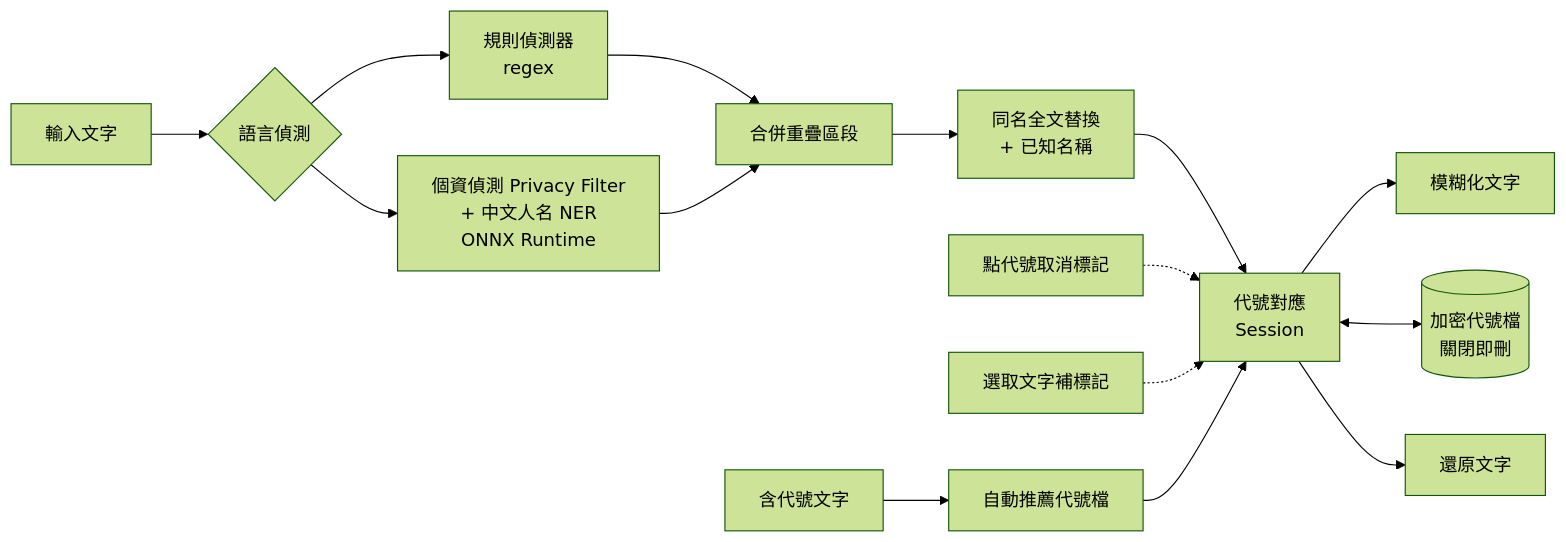
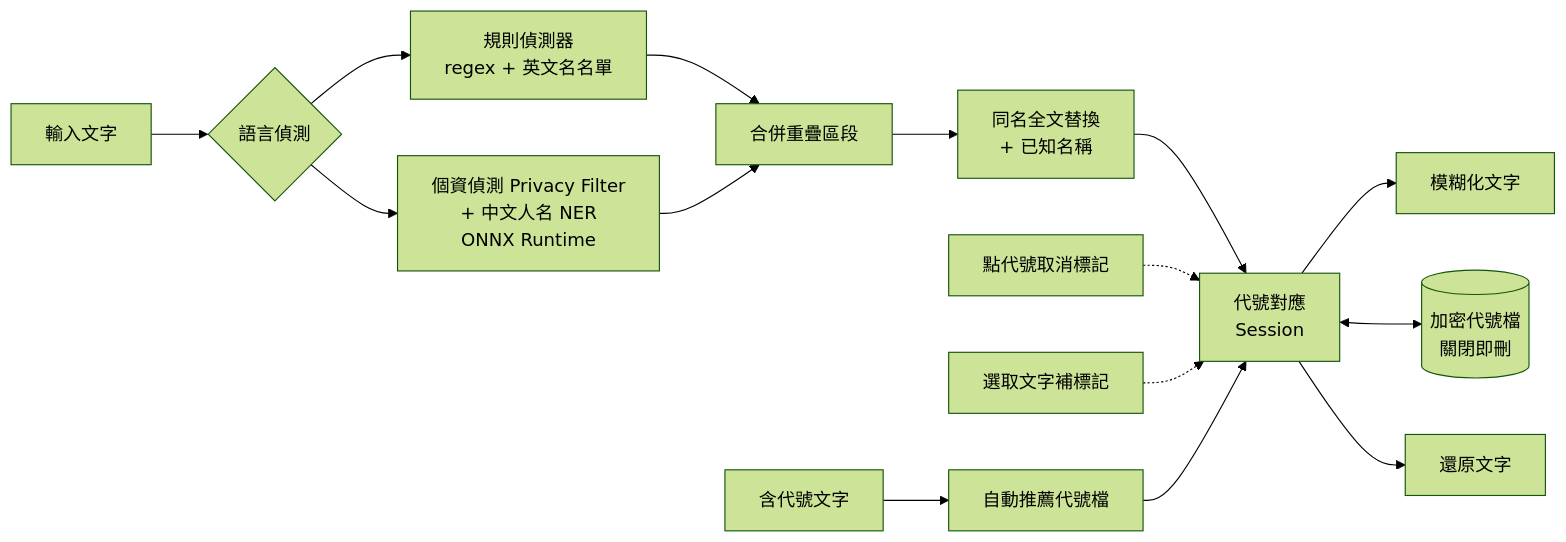
The diagram in README.md (AquilaWei/DataFuzzy), drawn with Mermaid (forest theme) before and after one commit. The commit also changed other lines of this file and 10 other files, not shown here.

````diff
--- a/README.md
+++ b/README.md
@@ -125,17 +126,17 @@
 ```mermaid
 flowchart LR
     A[輸入文字] --> B{語言偵測}
-    B --> C[規則偵測器<br/>regex]
+    B --> C[規則偵測器<br/>regex + 英文名名單]
     B --> D[個資偵測 Privacy Filter<br/>+ 中文人名 NER<br/>ONNX Runtime]
     C --> E[合併重疊區段]
     D --> E
     E --> K[同名全文替換<br/>+ 已知名稱]
     K --> F[代號對應<br/>Session]
     F --> G[模糊化文字]
     F <--> H[(加密代號檔<br/>關閉即刪)]
     L[點代號取消標記] -.-> F
     M[選取文字補標記] -.-> F
     I[含代號文字] --> R[自動推薦代號檔]
     R --> F
     F --> J[還原文字]
 ```
````
